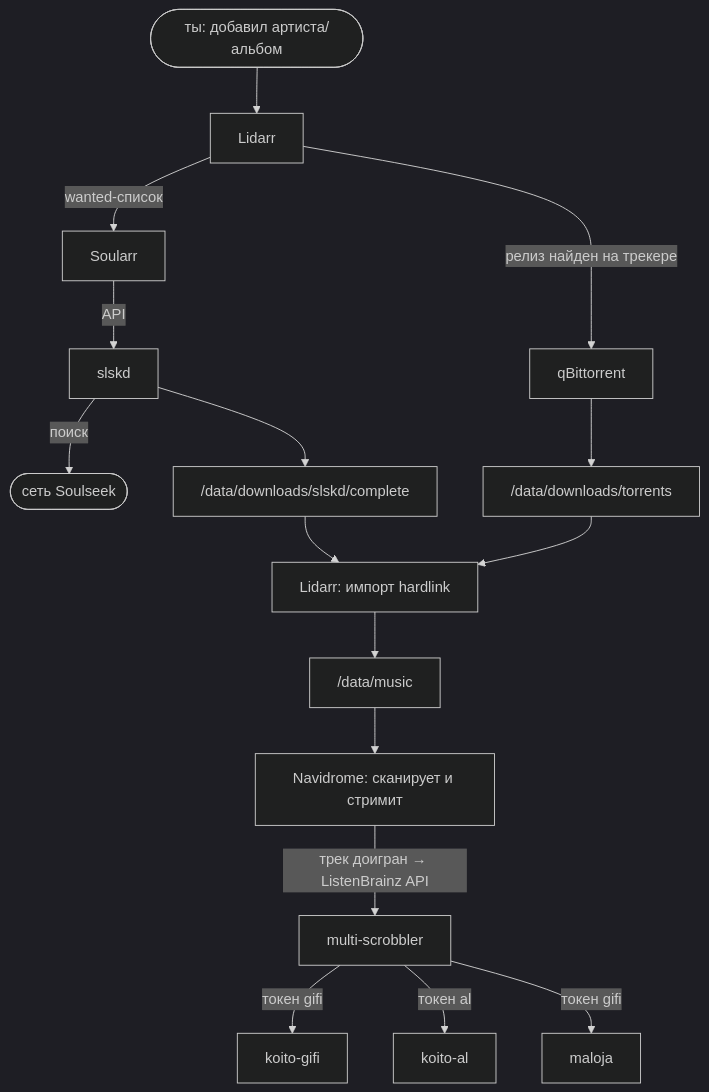
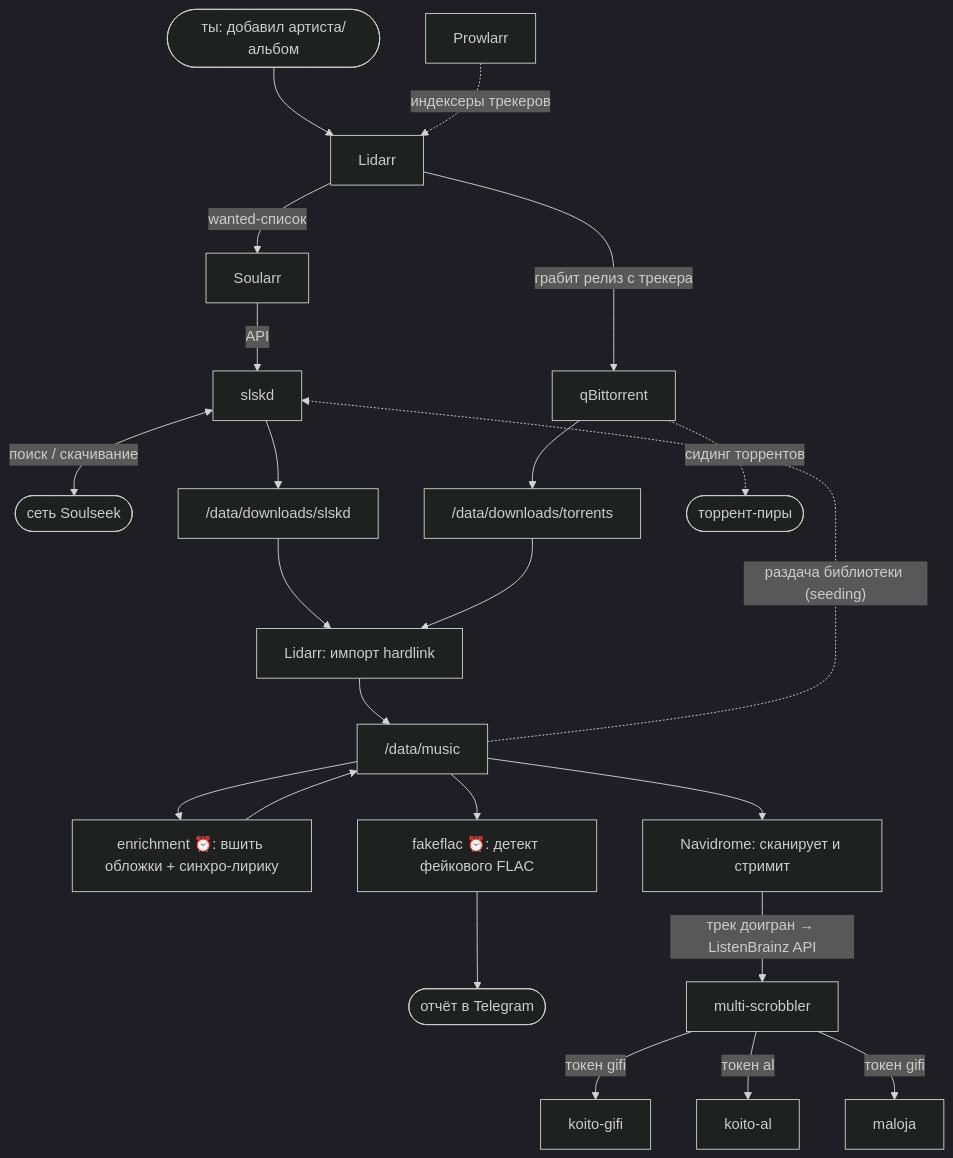
One commit to gifi71/pwnd-music changed the diagram in README.md. Above: the diagram before and after it, drawn with Mermaid (dark theme). The commit also changed other lines of this file, not shown here.

Commit message:
docs: схема потока данных обновлена (prowlarr, seeding, enrichment, fakeflac)

````diff
--- a/README.md
+++ b/README.md
@@ -61,18 +61,30 @@
 ```mermaid
 flowchart TD
     U([ты: добавил артиста/альбом]) --> L[Lidarr]
+    P[Prowlarr] -. "индексеры трекеров" .-> L
+
     L -- "wanted-список" --> S[Soularr]
-    L -- "релиз найден на трекере" --> Q[qBittorrent]
+    L -- "грабит релиз с трекера" --> Q[qBittorrent]
     S -- "API" --> SL[slskd]
-    SL -- "поиск" --> SS([сеть Soulseek])
-    SL --> D1["/data/downloads/slskd/complete"]
+    SL <-- "поиск / скачивание" --> SS([сеть Soulseek])
+
+    SL --> D1["/data/downloads/slskd"]
     Q --> D2["/data/downloads/torrents"]
     D1 --> IMP[Lidarr: импорт hardlink]
     D2 --> IMP
     IMP --> M["/data/music"]
+
+    M -. "раздача библиотеки (seeding)" .-> SL
+    Q -. "сидинг торрентов" .-> SS2([торрент-пиры])
+
+    EN[enrichment ⏰: вшить обложки + синхро-лирику] --> M
+    M --> EN
+    M --> FF[fakeflac ⏰: детект фейкового FLAC]
+    FF --> TG([отчёт в Telegram])
+
     M --> N[Navidrome: сканирует и стримит]
     N -- "трек доигран → ListenBrainz API" --> MS[multi-scrobbler]
     MS -- "токен gifi" --> K1[koito-gifi]
     MS -- "токен al" --> K2[koito-al]
     MS -- "токен gifi" --> MJ[maloja]
 ```
````
